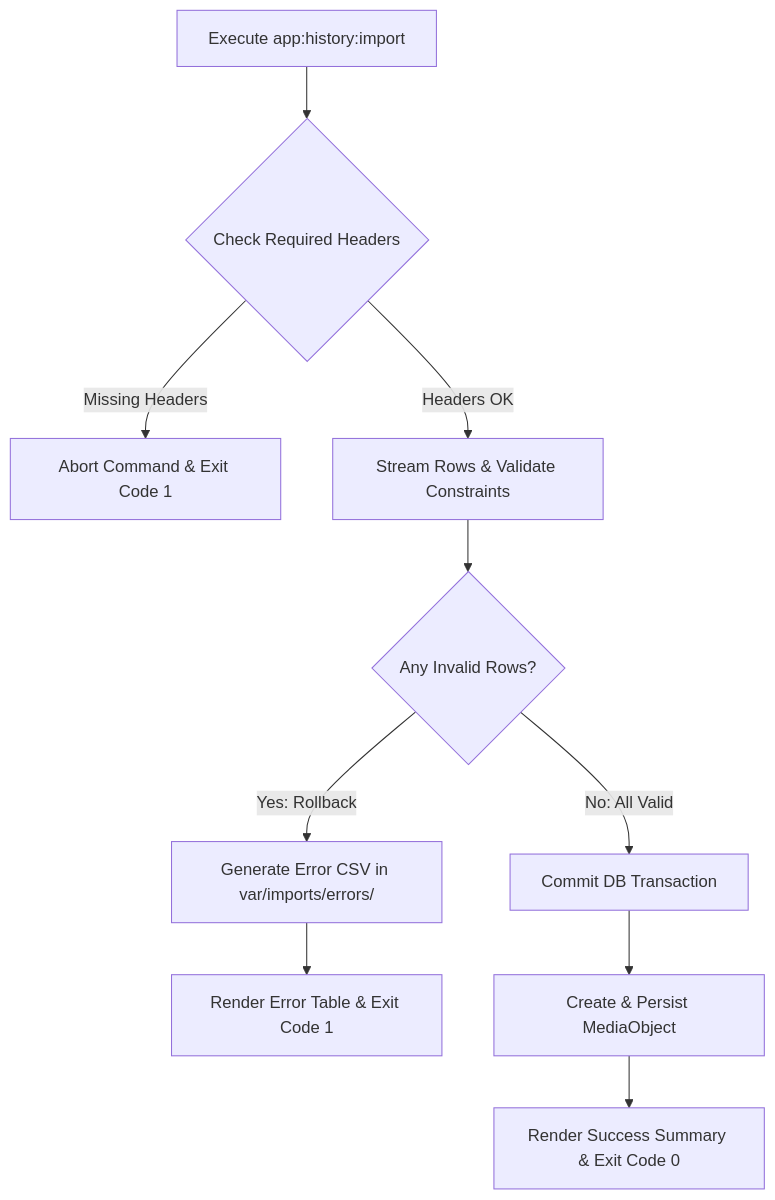
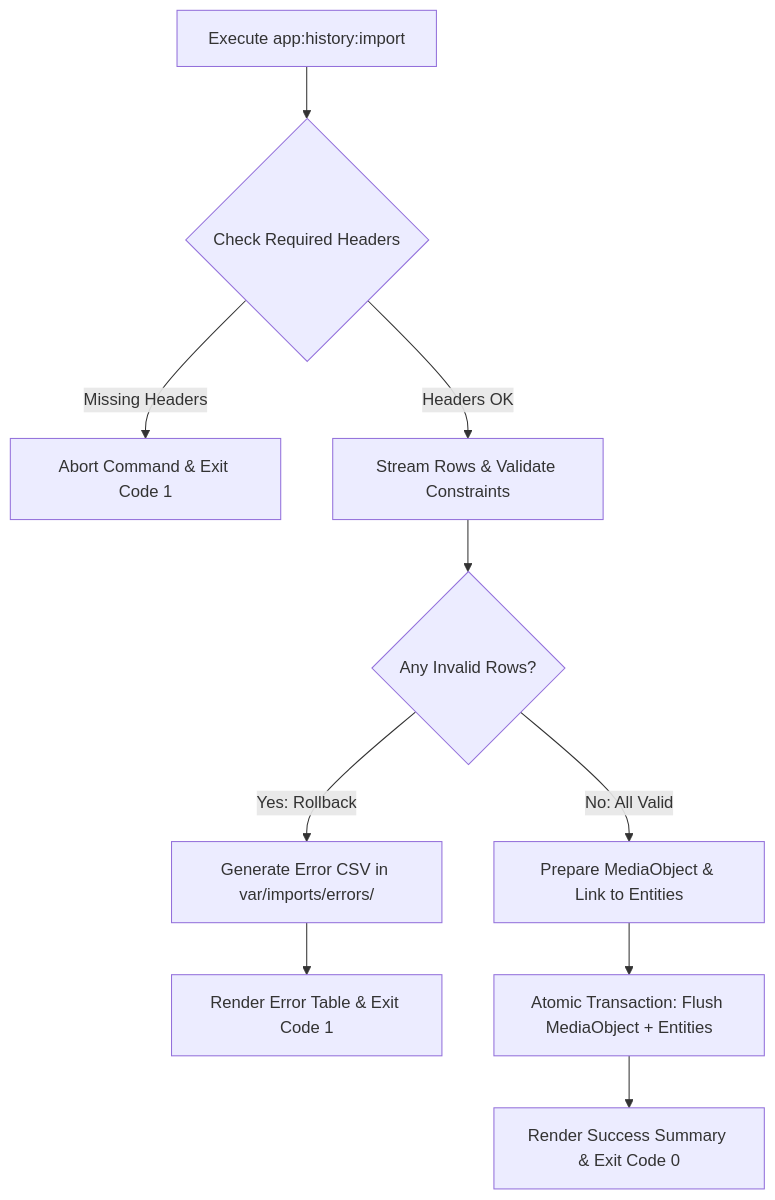
One commit to bnza/medgreenrev changed the diagram in docs/okf/workflows/data_import.md. Above: the diagram before and after it, drawn with Mermaid. The commit also changed other lines of this file and 15 other files, not shown here.

First line of the commit message:
feat(api): link history imports to source media objects

````diff
--- a/docs/okf/workflows/data_import.md
+++ b/docs/okf/workflows/data_import.md
@@ -56,12 +56,12 @@
 ```mermaid
 graph TD
     Start[Execute app:history:import] --> ValidateHeaders{Check Required Headers}
     ValidateHeaders -->|Missing Headers| Abort[Abort Command & Exit Code 1]
     ValidateHeaders -->|Headers OK| ParseRows[Stream Rows & Validate Constraints]
     ParseRows --> CheckErrors{Any Invalid Rows?}
     CheckErrors -->|Yes: Rollback| WriteErrCSV[Generate Error CSV in var/imports/errors/]
     WriteErrCSV --> PrintErr[Render Error Table & Exit Code 1]
-    CheckErrors -->|No: All Valid| CommitTx[Commit DB Transaction]
-    CommitTx --> SaveMedia[Create & Persist MediaObject]
-    SaveMedia --> PrintSuccess[Render Success Summary & Exit Code 0]
+    CheckErrors -->|No: All Valid| PrepareMedia[Prepare MediaObject & Link to Entities]
+    PrepareMedia --> CommitTx[Atomic Transaction: Flush MediaObject + Entities]
+    CommitTx --> PrintSuccess[Render Success Summary & Exit Code 0]
 ```
````
